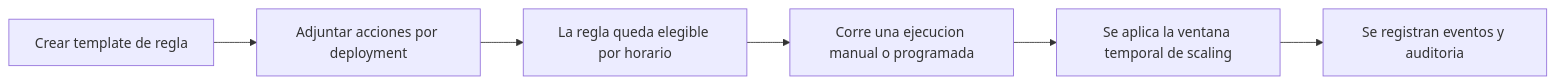
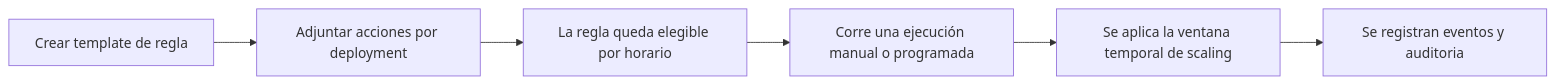
Before and after one commit to Moonin-Lab/Moonin-Docs: the fourth of 4 diagrams in src/content/docs/es/policies/index.md, drawn with Mermaid. The commit also changed other lines of this file and 84 other files, not shown here.

````diff
--- a/src/content/docs/es/policies/index.md
+++ b/src/content/docs/es/policies/index.md
@@ -151,11 +151,11 @@
 ```mermaid
 flowchart LR
     A[Crear template de regla]
     B[Adjuntar acciones por deployment]
     C[La regla queda elegible por horario]
-    D[Corre una ejecucion manual o programada]
+    D[Corre una ejecución manual o programada]
     E[Se aplica la ventana temporal de scaling]
     F[Se registran eventos y auditoria]
 
     A --> B --> C --> D --> E --> F
 ```
````
